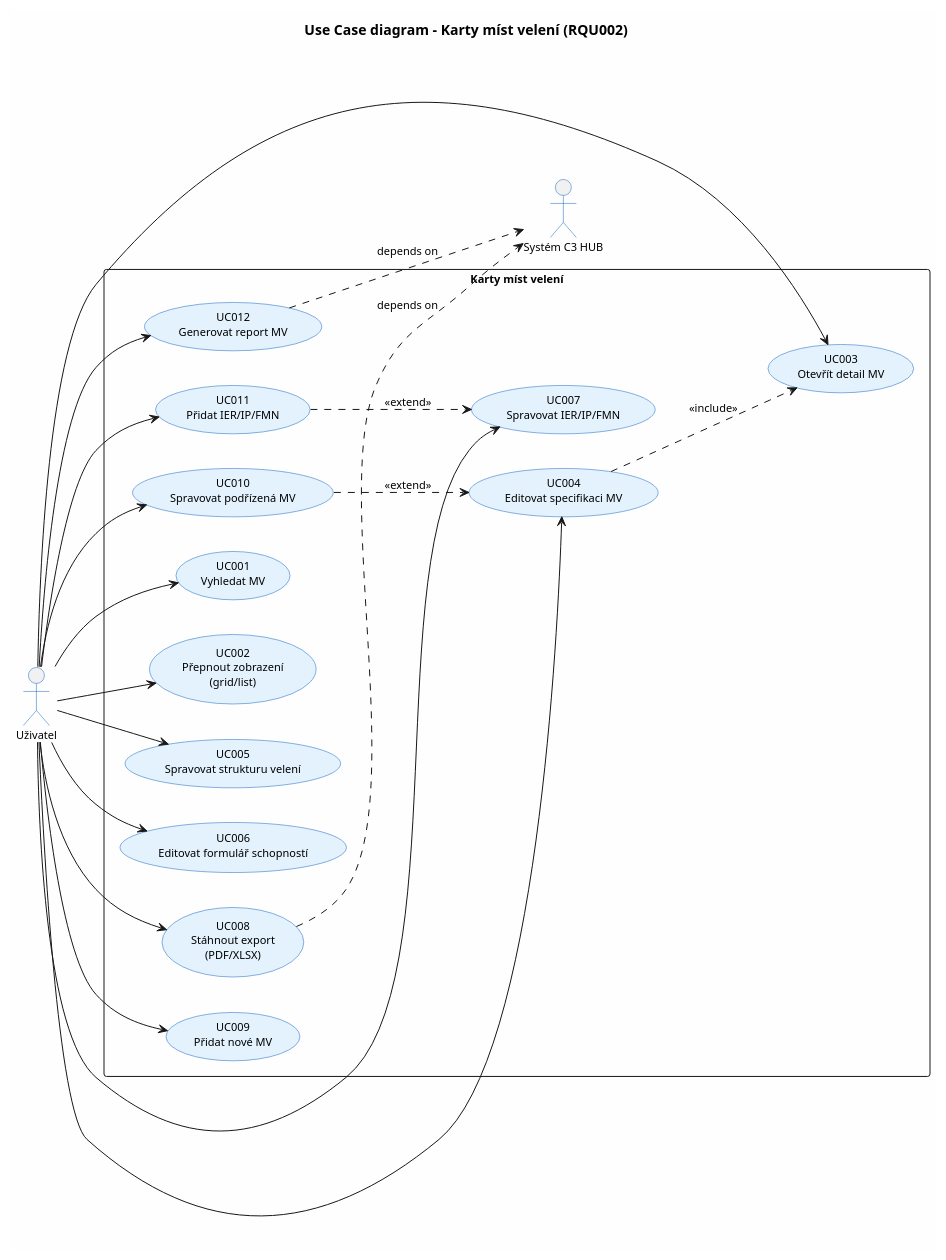
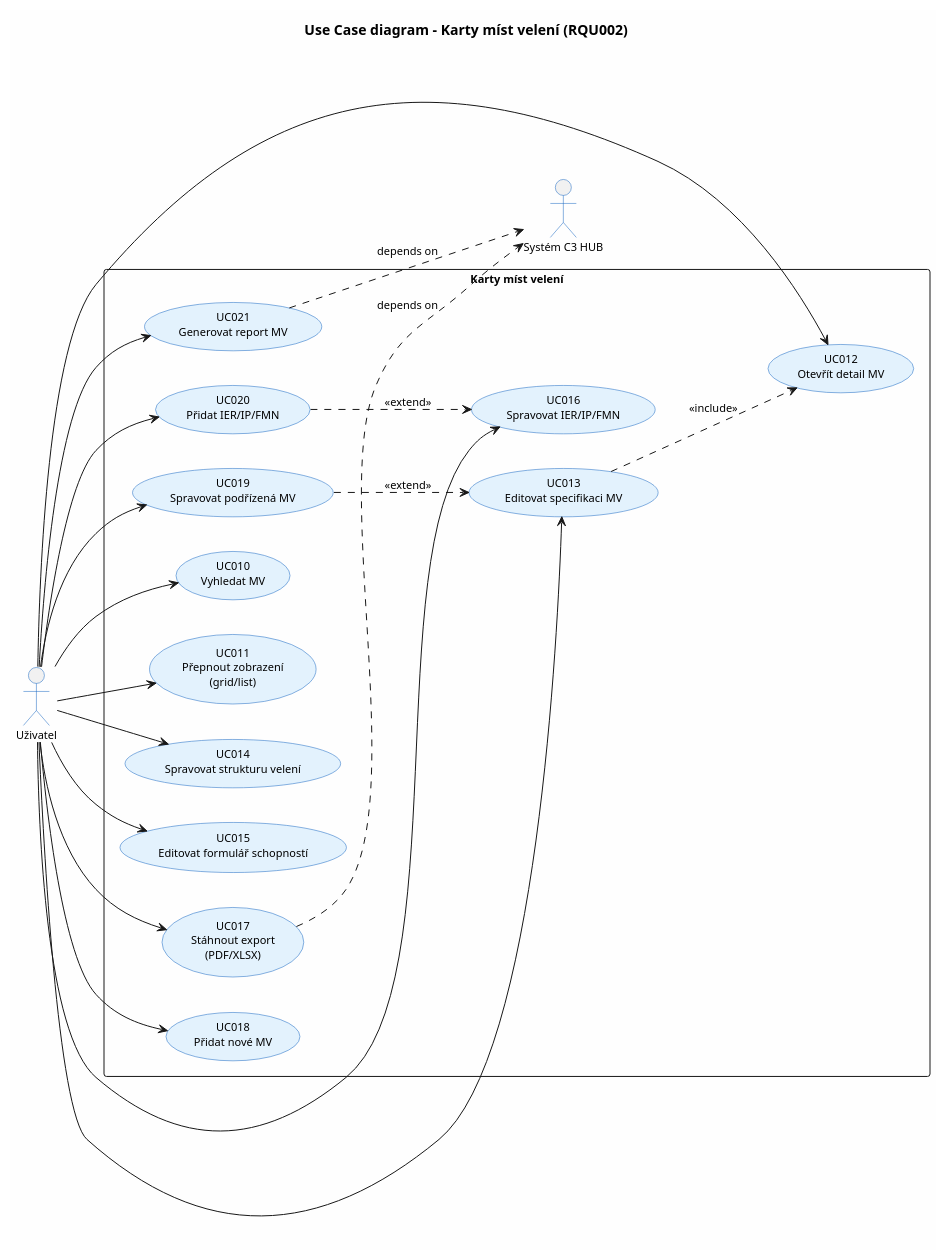
The diagram in c3hub/RQU002 - Karty mist veleni/analyza-md/diagrams/uc_diagram.puml (pvratny-droid/app.pvklok.eu), drawn with PlantUML before and after one commit. The commit also changed 197 other files, not shown here.

```diff
--- a/c3hub/RQU002 - Karty mist veleni/analyza-md/diagrams/uc_diagram.puml
+++ b/c3hub/RQU002 - Karty mist veleni/analyza-md/diagrams/uc_diagram.puml
@@ -1,51 +1,51 @@
 @startuml UC_diagram
 skinparam defaultFontName "Segoe UI"
 skinparam defaultFontSize 11
 skinparam backgroundColor #FEFEFE
 skinparam usecaseBorderColor #1565C0
 skinparam usecaseBackgroundColor #E3F2FD
 skinparam actorBorderColor #1565C0
 
 left to right direction
 
 title Use Case diagram – Karty míst velení (RQU002)
 
 actor "Uživatel" as U
 actor "Systém C3 HUB" as S
 
 rectangle "Karty míst velení" {
-    usecase "UC001\nVyhledat MV" as UC001
-    usecase "UC002\nPřepnout zobrazení\n(grid/list)" as UC002
-    usecase "UC003\nOtevřít detail MV" as UC003
-    usecase "UC004\nEditovat specifikaci MV" as UC004
-    usecase "UC005\nSpravovat strukturu velení" as UC005
-    usecase "UC006\nEditovat formulář schopností" as UC006
-    usecase "UC007\nSpravovat IER/IP/FMN" as UC007
-    usecase "UC008\nStáhnout export\n(PDF/XLSX)" as UC008
-    usecase "UC009\nPřidat nové MV" as UC009
-    usecase "UC010\nSpravovat podřízená MV" as UC010
-    usecase "UC011\nPřidat IER/IP/FMN" as UC011
-    usecase "UC012\nGenerovat report MV" as UC012
+    usecase "UC010\nVyhledat MV" as UC010
+    usecase "UC011\nPřepnout zobrazení\n(grid/list)" as UC011
+    usecase "UC012\nOtevřít detail MV" as UC012
+    usecase "UC013\nEditovat specifikaci MV" as UC013
+    usecase "UC014\nSpravovat strukturu velení" as UC014
+    usecase "UC015\nEditovat formulář schopností" as UC015
+    usecase "UC016\nSpravovat IER/IP/FMN" as UC016
+    usecase "UC017\nStáhnout export\n(PDF/XLSX)" as UC017
+    usecase "UC018\nPřidat nové MV" as UC018
+    usecase "UC019\nSpravovat podřízená MV" as UC019
+    usecase "UC020\nPřidat IER/IP/FMN" as UC020
+    usecase "UC021\nGenerovat report MV" as UC021
 }
 
-U --> UC001
-U --> UC002
-U --> UC003
-U --> UC004
-U --> UC005
-U --> UC006
-U --> UC007
-U --> UC008
-U --> UC009
 U --> UC010
 U --> UC011
 U --> UC012
+U --> UC013
+U --> UC014
+U --> UC015
+U --> UC016
+U --> UC017
+U --> UC018
+U --> UC019
+U --> UC020
+U --> UC021
 
-UC008 ..> S : «depends on»
-UC012 ..> S : «depends on»
+UC017 ..> S : «depends on»
+UC021 ..> S : «depends on»
 
-UC004 ..> UC003 : <<include>>
-UC010 ..> UC004 : <<extend>>
-UC011 ..> UC007 : <<extend>>
+UC013 ..> UC012 : <<include>>
+UC019 ..> UC013 : <<extend>>
+UC020 ..> UC016 : <<extend>>
 
 @enduml
```
